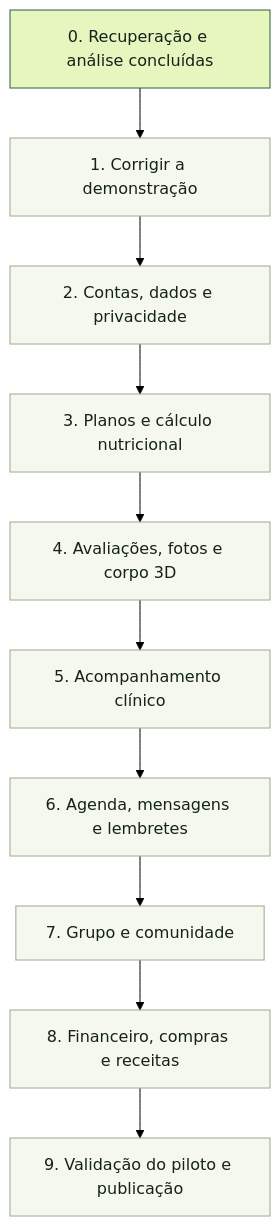
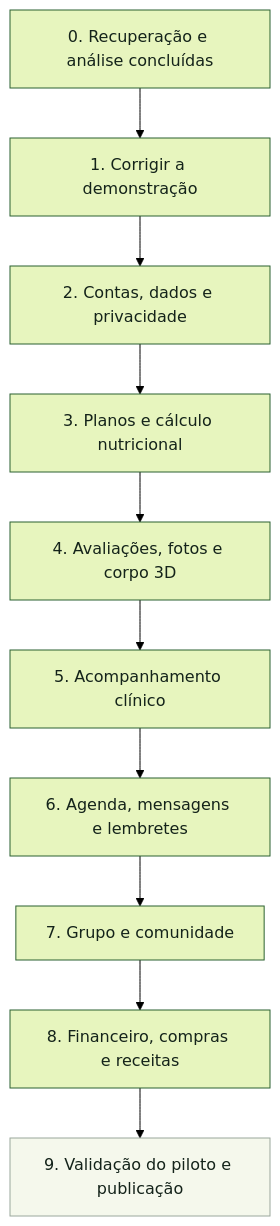
The diagram in ROTEIRO.md (P0bloK0wan/Nutrilume-demo), drawn with Mermaid (forest theme) before and after one commit. The commit also changed other lines of this file and 30 other files, not shown here.

````diff
--- a/ROTEIRO.md
+++ b/ROTEIRO.md
@@ -9,16 +9,16 @@
 ```mermaid
 flowchart TD
     A[0. Recuperação e análise concluídas] --> B[1. Corrigir a demonstração]
     B --> C[2. Contas, dados e privacidade]
     C --> D[3. Planos e cálculo nutricional]
     D --> E[4. Avaliações, fotos e corpo 3D]
     E --> F[5. Acompanhamento clínico]
     F --> G[6. Agenda, mensagens e lembretes]
     G --> H[7. Grupo e comunidade]
     H --> I[8. Financeiro, compras e receitas]
     I --> J[9. Validação do piloto e publicação]
     classDef done fill:#E7F5BE,stroke:#2B6130,color:#14231A;
     classDef planned fill:#F5F8EC,stroke:#9AA79C,color:#14231A;
-    class A done;
-    class B,C,D,E,F,G,H,I,J planned;
+    class A,B,C,D,E,F,G,H,I done;
+    class J planned;
 ```
````
